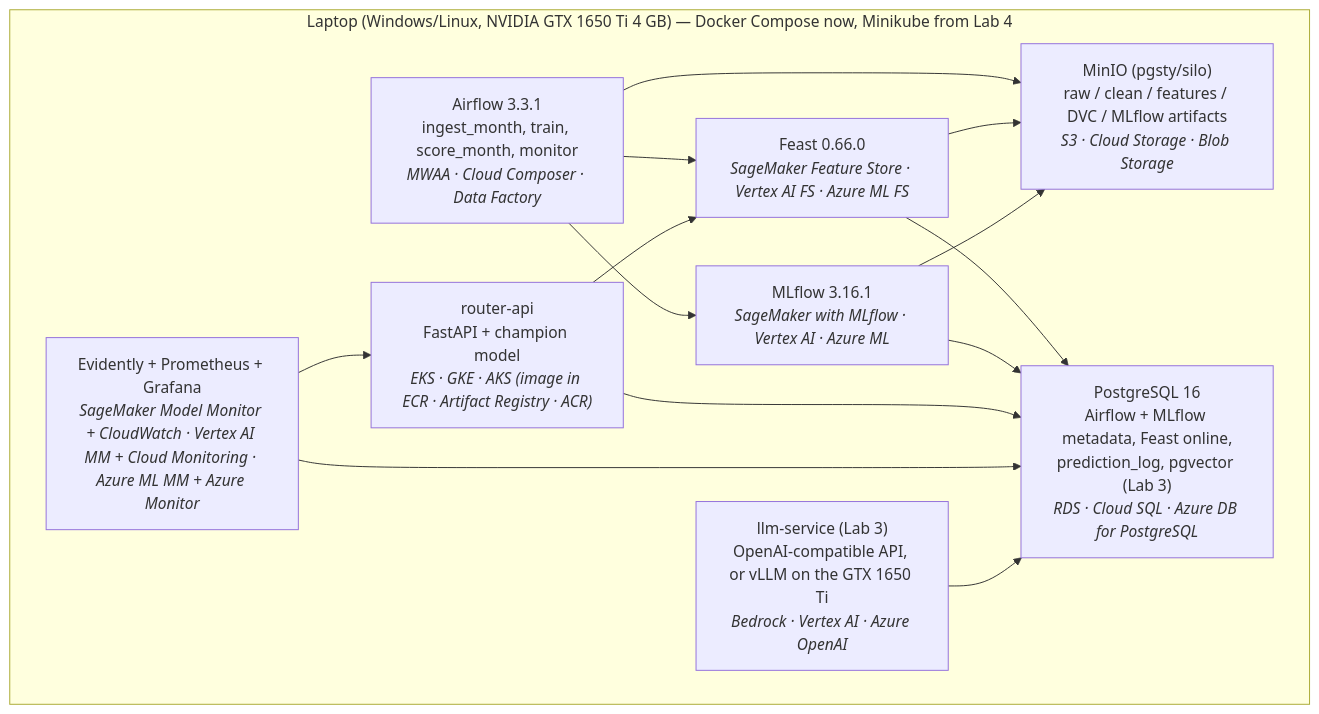
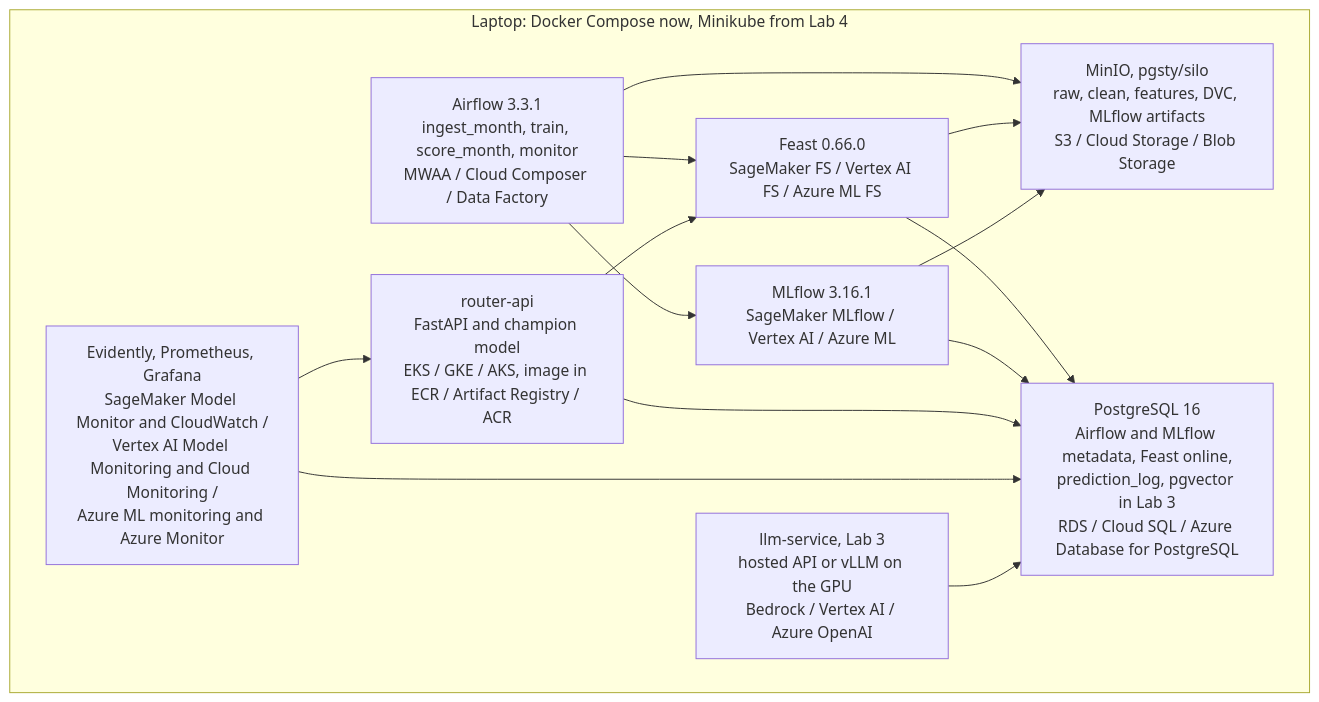
One commit to yuliiamartynova/complaint-router changed the third of 3 diagrams in docs/design.md. Above: the diagram before and after it, drawn with Mermaid. The commit also changed other lines of this file and 3 other files, not shown here.

First line of the commit message:
Simplify wording in the design doc, diagrams and README

````diff
--- a/docs/design.md
+++ b/docs/design.md
@@ -267,26 +268,26 @@
 ```mermaid
 flowchart TB
-    subgraph LAPTOP["Laptop (Windows/Linux, NVIDIA GTX 1650 Ti 4 GB) — Docker Compose now, Minikube from Lab 4"]
+    subgraph LAPTOP["Laptop: Docker Compose now, Minikube from Lab 4"]
         direction LR
-        MINIO["MinIO (pgsty/silo)<br/>raw / clean / features / DVC / MLflow artifacts<br/><i>S3 · Cloud Storage · Blob Storage</i>"]
-        PG["PostgreSQL 16<br/>Airflow + MLflow metadata, Feast online,<br/>prediction_log, pgvector (Lab 3)<br/><i>RDS · Cloud SQL · Azure DB for PostgreSQL</i>"]
-        AF["Airflow 3.3.1<br/>ingest_month, train, score_month, monitor<br/><i>MWAA · Cloud Composer · Data Factory</i>"]
-        FEAST["Feast 0.66.0<br/><i>SageMaker Feature Store · Vertex AI FS · Azure ML FS</i>"]
-        MLF["MLflow 3.16.1<br/><i>SageMaker with MLflow · Vertex AI · Azure ML</i>"]
-        API["router-api<br/>FastAPI + champion model<br/><i>EKS · GKE · AKS (image in ECR · Artifact Registry · ACR)</i>"]
-        OBS["Evidently + Prometheus + Grafana<br/><i>SageMaker Model Monitor + CloudWatch · Vertex AI MM + Cloud Monitoring · Azure ML MM + Azure Monitor</i>"]
-        LLM["llm-service (Lab 3)<br/>OpenAI-compatible API, or vLLM on the GTX 1650 Ti<br/><i>Bedrock · Vertex AI · Azure OpenAI</i>"]
+        MINIO["MinIO, pgsty/silo<br/>raw, clean, features, DVC, MLflow artifacts<br/>S3 / Cloud Storage / Blob Storage"]
+        PG["PostgreSQL 16<br/>Airflow and MLflow metadata, Feast online,<br/>prediction_log, pgvector in Lab 3<br/>RDS / Cloud SQL / Azure Database for PostgreSQL"]
+        AF["Airflow 3.3.1<br/>ingest_month, train, score_month, monitor<br/>MWAA / Cloud Composer / Data Factory"]
+        FEAST["Feast 0.66.0<br/>SageMaker FS / Vertex AI FS / Azure ML FS"]
+        MLF["MLflow 3.16.1<br/>SageMaker MLflow / Vertex AI / Azure ML"]
+        API["router-api<br/>FastAPI and champion model<br/>EKS / GKE / AKS, image in ECR / Artifact Registry / ACR"]
+        OBS["Evidently, Prometheus, Grafana<br/>SageMaker Model Monitor and CloudWatch /<br/>Vertex AI Model Monitoring and Cloud Monitoring /<br/>Azure ML monitoring and Azure Monitor"]
+        LLM["llm-service, Lab 3<br/>hosted API or vLLM on the GPU<br/>Bedrock / Vertex AI / Azure OpenAI"]
     end
     AF --> MINIO
     AF --> FEAST
     AF --> MLF
     FEAST --> PG
     FEAST --> MINIO
     MLF --> PG
     MLF --> MINIO
     API --> FEAST
     API --> PG
     OBS --> PG
     OBS --> API
     LLM --> PG
 ```
````
